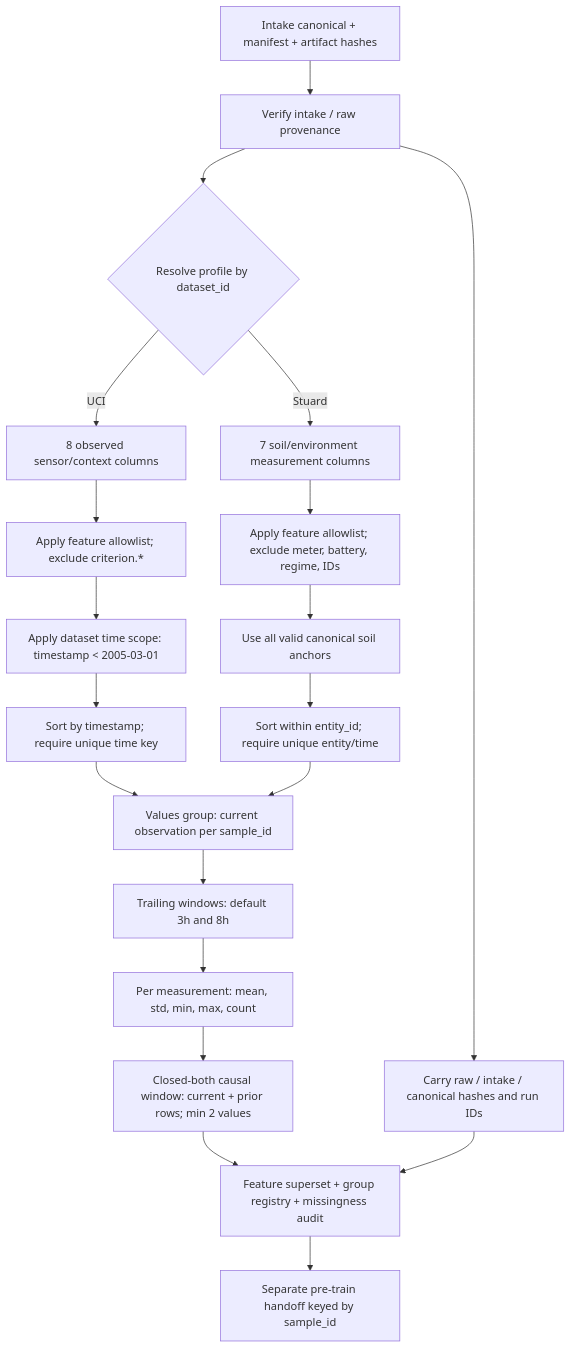
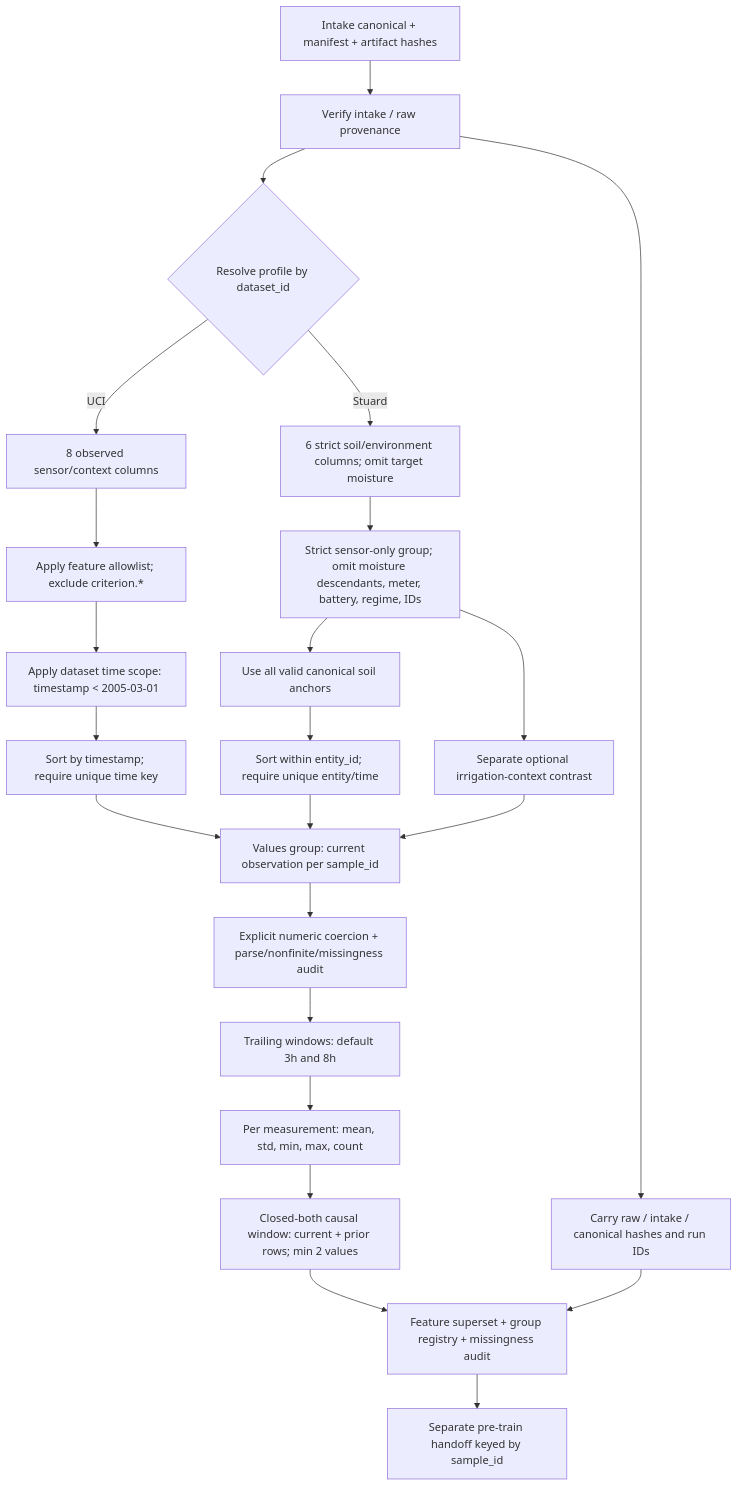
Before and after one commit to lawnguyenit/AgriFusion-IoT: the first of 2 diagrams in Backend/Benchmark/external_features/FLOW.md, drawn with Mermaid. The commit also changed other lines of this file and 67 other files, not shown here.

````diff
--- a/Backend/Benchmark/external_features/FLOW.md
+++ b/Backend/Benchmark/external_features/FLOW.md
@@ -3,22 +3,25 @@
 ```mermaid
 flowchart TD
     A["Intake canonical + manifest + artifact hashes"] --> B["Verify intake / raw provenance"]
     B --> C{"Resolve profile by dataset_id"}
     C -->|"UCI"| U["8 observed sensor/context columns"]
-    C -->|"Stuard"| S["7 soil/environment measurement columns"]
+    C -->|"Stuard"| S["6 strict soil/environment columns; omit target moisture"]
     U --> D["Apply feature allowlist; exclude criterion.*"]
-    S --> D2["Apply feature allowlist; exclude meter, battery, regime, IDs"]
+    S --> D2["Strict sensor-only group; omit moisture descendants, meter, battery, regime, IDs"]
+    D2 --> CTX["Separate optional irrigation-context contrast"]
     D --> E["Apply dataset time scope: timestamp < 2005-03-01"]
     D2 --> F["Use all valid canonical soil anchors"]
     E --> G["Sort by timestamp; require unique time key"]
     F --> G2["Sort within entity_id; require unique entity/time"]
     G --> H["Values group: current observation per sample_id"]
     G2 --> H
-    H --> I["Trailing windows: default 3h and 8h"]
-    I --> J["Per measurement: mean, std, min, max, count"]
+    CTX --> H
+    H --> I["Explicit numeric coercion + parse/nonfinite/missingness audit"]
+    I --> W["Trailing windows: default 3h and 8h"]
+    W --> J["Per measurement: mean, std, min, max, count"]
     J --> K["Closed-both causal window: current + prior rows; min 2 values"]
     K --> L["Feature superset + group registry + missingness audit"]
     B --> M["Carry raw / intake / canonical hashes and run IDs"]
     M --> L
     L --> N["Separate pre-train handoff keyed by sample_id"]
 ```
````
